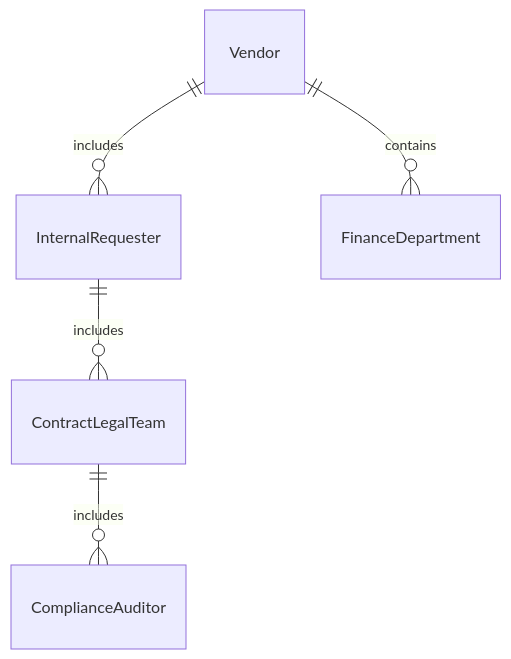
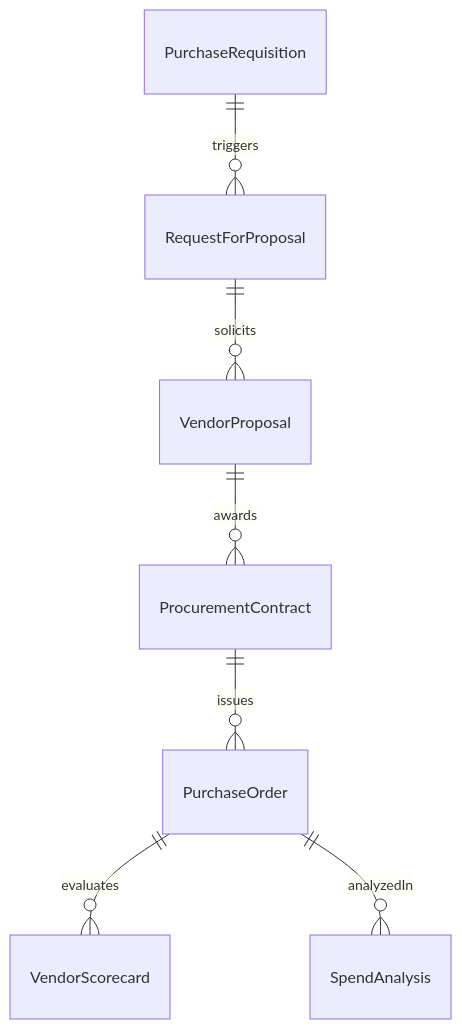
The first of 4 diagrams in GuidingDirectingAndMotivatingSubordinates/DirectOrganizationalOperationsActivitiesOrProcedures/CoordinateResourceProcurementActivities.mdx (dot-org-ai/tasks.org.ai), drawn with Mermaid before and after one commit. The commit also changed other lines of this file and 515 other files, not shown here.

````diff
--- a/GuidingDirectingAndMotivatingSubordinates/DirectOrganizationalOperationsActivitiesOrProcedures/CoordinateResourceProcurementActivities.mdx
+++ b/GuidingDirectingAndMotivatingSubordinates/DirectOrganizationalOperationsActivitiesOrProcedures/CoordinateResourceProcurementActivities.mdx
@@ -91,7 +91,9 @@
 ```mermaid
 erDiagram
-    Vendor ||--o{ InternalRequester : includes
-    Vendor ||--o{ FinanceDepartment : contains
-    InternalRequester ||--o{ ContractLegalTeam : includes
-    ContractLegalTeam ||--o{ ComplianceAuditor : includes
+    PurchaseRequisition ||--o{ RequestForProposal : triggers
+    RequestForProposal ||--o{ VendorProposal : solicits
+    VendorProposal ||--o{ ProcurementContract : awards
+    ProcurementContract ||--o{ PurchaseOrder : issues
+    PurchaseOrder ||--o{ VendorScorecard : evaluates
+    PurchaseOrder ||--o{ SpendAnalysis : analyzedIn
 ```
````
